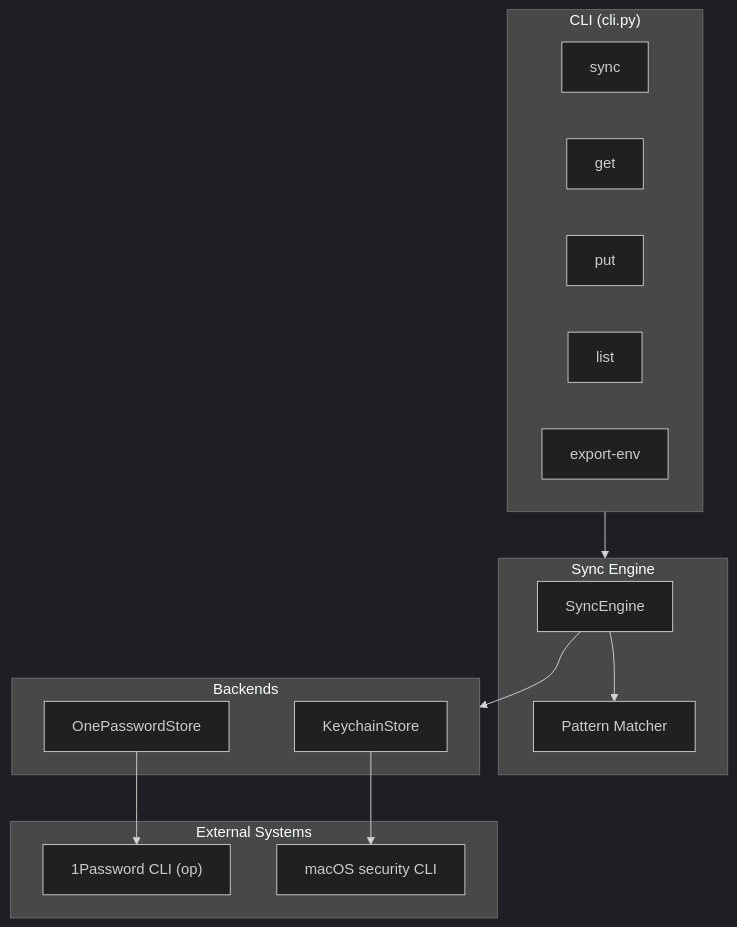
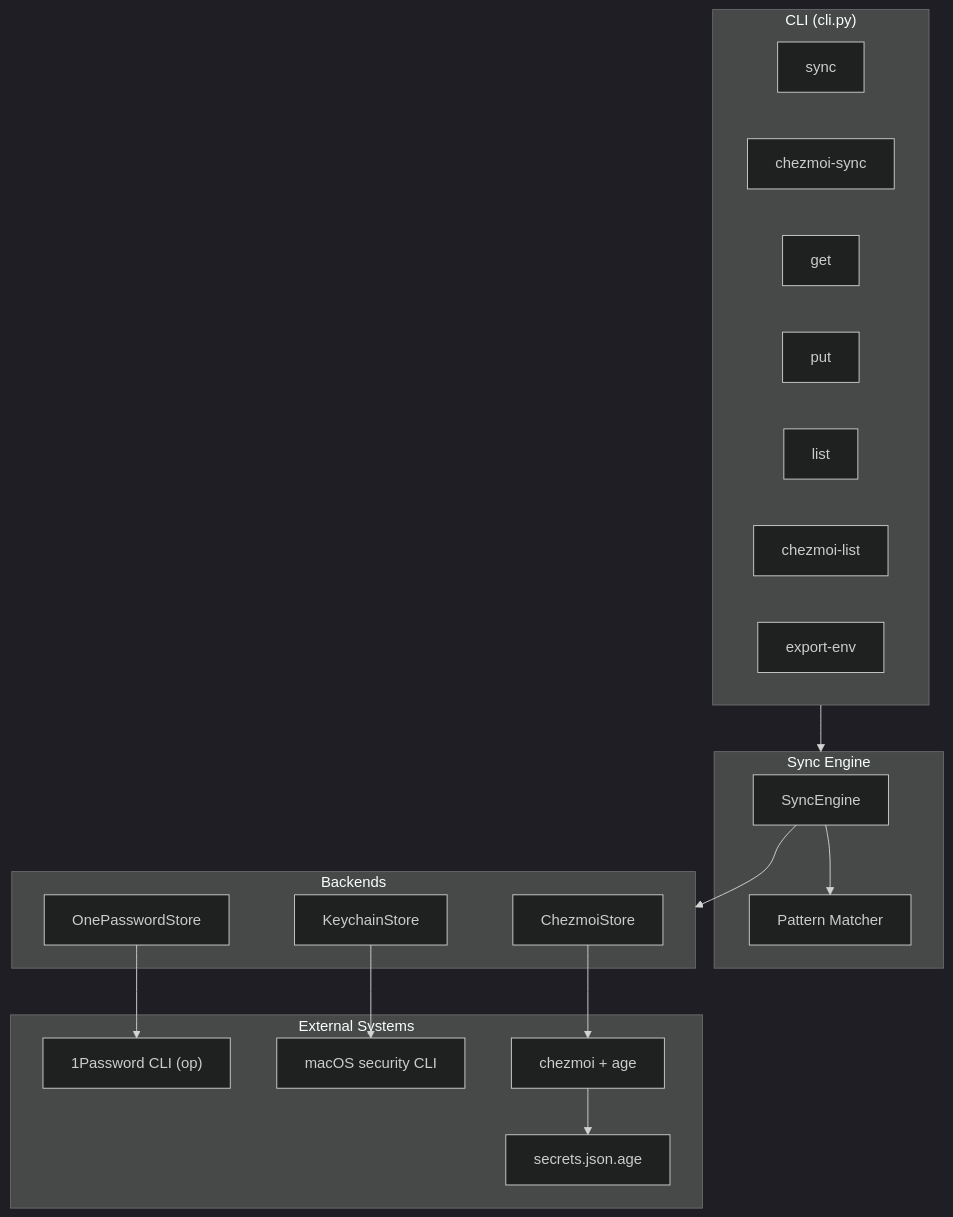
One commit to NetDevAutomate/api_key_sync changed the first of 2 diagrams in README.md. Above: the diagram before and after it, drawn with Mermaid (dark theme). The commit also changed other lines of this file and 4 other files, not shown here.

First line of the commit message:
Add Chezmoi backend for age-encrypted secrets sync

````diff
--- a/README.md
+++ b/README.md
@@ -15,31 +17,38 @@
 ```mermaid
 flowchart TB
     subgraph CLI["CLI (cli.py)"]
         sync[sync]
+        chezmoi_sync[chezmoi-sync]
         get[get]
         put[put]
         list[list]
+        chezmoi_list[chezmoi-list]
         export[export-env]
     end
 
     subgraph Engine["Sync Engine"]
         SE[SyncEngine]
         PM[Pattern Matcher]
     end
 
     subgraph Backends
         OP[OnePasswordStore]
         KC[KeychainStore]
+        CZ[ChezmoiStore]
     end
 
     subgraph External["External Systems"]
         OP_CLI["1Password CLI (op)"]
         SEC_CLI["macOS security CLI"]
+        CZ_CLI["chezmoi + age"]
+        CZ_FILE["secrets.json.age"]
     end
 
     CLI --> Engine
     SE --> PM
     SE --> Backends
     OP --> OP_CLI
     KC --> SEC_CLI
+    CZ --> CZ_CLI
+    CZ_CLI --> CZ_FILE
 ```
````
